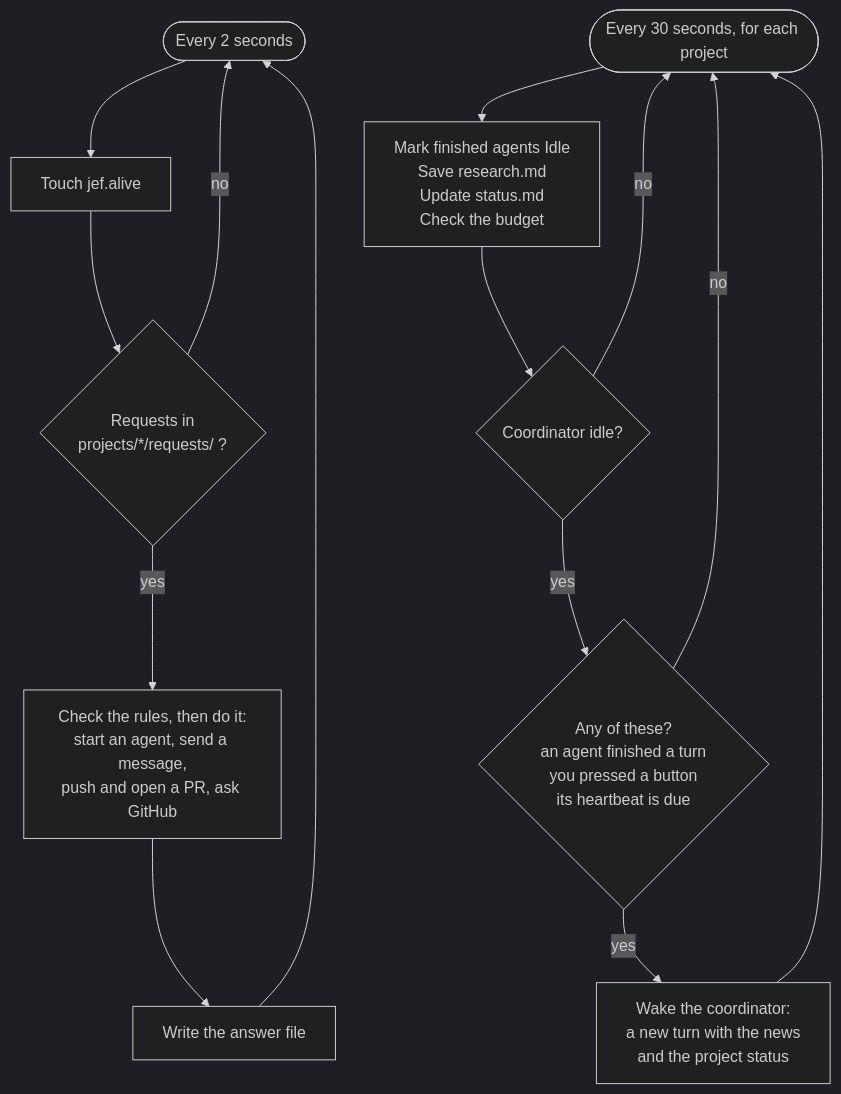
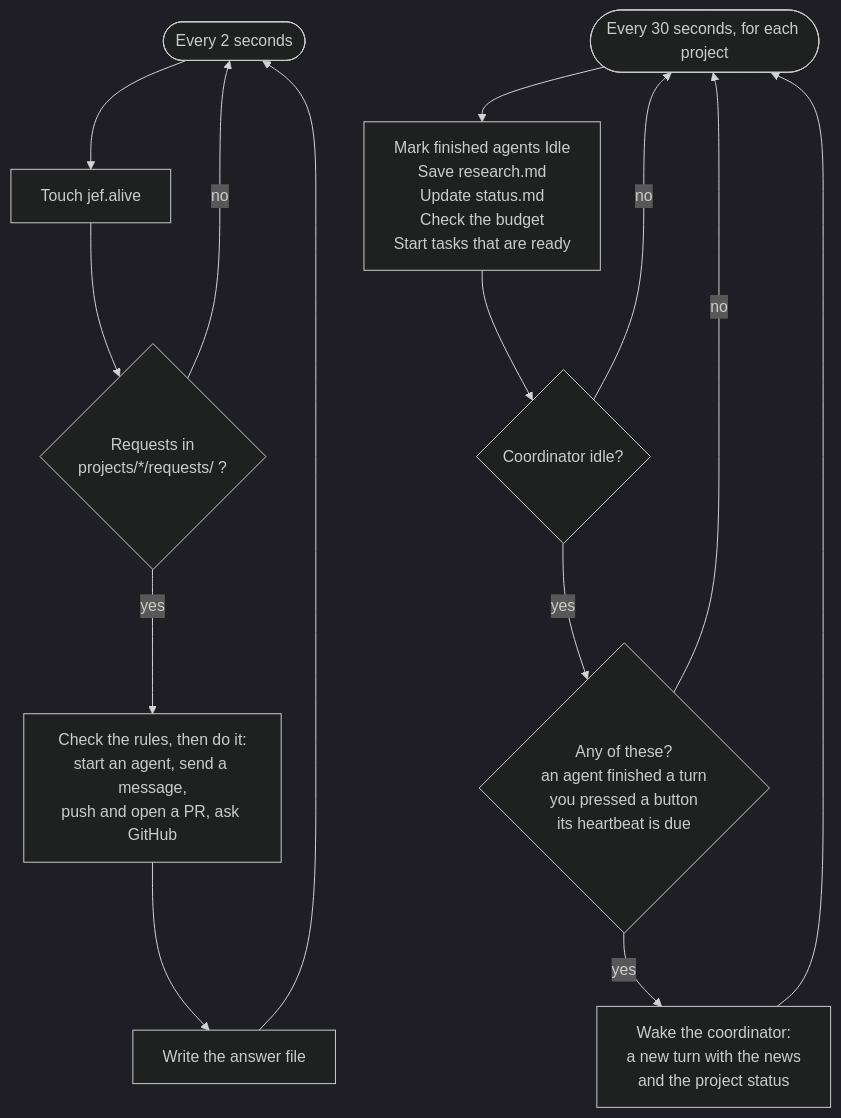
The first of 2 diagrams in README.md (gregyu219/Jef), drawn with Mermaid (dark theme) before and after one commit. The commit also changed other lines of this file and 9 other files, not shown here.

First line of the commit message:
Record task dependencies and let Jef start every unblocked task by itself

````diff
--- a/README.md
+++ b/README.md
@@ -126,17 +126,17 @@
 ```mermaid
 flowchart TD
     A([Every 2 seconds]) --> B[Touch jef.alive]
     B --> C{Requests in<br/>projects/*/requests/ ?}
     C -- yes --> D[Check the rules, then do it:<br/>start an agent, send a message,<br/>push and open a PR, ask GitHub]
     D --> E[Write the answer file]
     C -- no --> A
     E --> A
 
-    T([Every 30 seconds, for each project]) --> U[Mark finished agents Idle<br/>Save research.md<br/>Update status.md<br/>Check the budget]
+    T([Every 30 seconds, for each project]) --> U[Mark finished agents Idle<br/>Save research.md<br/>Update status.md<br/>Check the budget<br/>Start tasks that are ready]
     U --> V{Coordinator idle?}
     V -- no --> T
     V -- yes --> W{Any of these?<br/>an agent finished a turn<br/>you pressed a button<br/>its heartbeat is due}
     W -- no --> T
     W -- yes --> X[Wake the coordinator:<br/>a new turn with the news<br/>and the project status]
     X --> T
 ```
````
